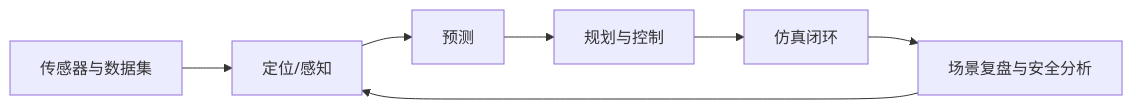
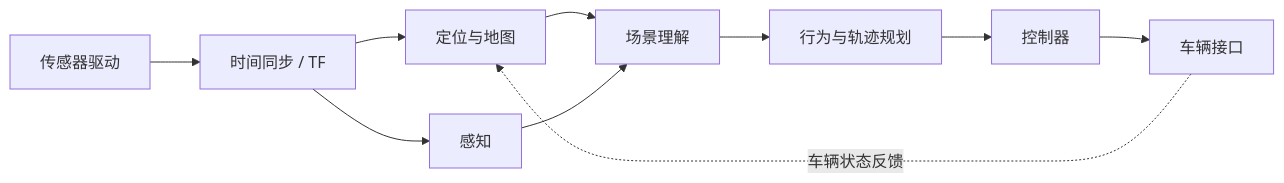
The second of 10 diagrams in 2026/2026-10-05_2026-10-11/03_自动驾驶.md (JiangXiangAi/git_weekly_news), drawn with Mermaid before and after one commit. The commit also changed other lines of this file, not shown here.

Commit message:
Deepen autonomous driving report with project-specific diagrams

````diff
--- a/2026/2026-10-05_2026-10-11/03_自动驾驶.md
+++ b/2026/2026-10-05_2026-10-11/03_自动驾驶.md
@@ -44,9 +39,12 @@
 ```mermaid
 flowchart LR
-A[传感器与数据集] --> B[定位/感知]
-B --> C[预测]
-C --> D[规划与控制]
-D --> E[仿真闭环]
-E --> F[场景复盘与安全分析]
-F --> B
+  A[传感器驱动] --> B[时间同步 / TF]
+  B --> C[定位与地图]
+  B --> D[感知]
+  C --> E[场景理解]
+  D --> E
+  E --> F[行为与轨迹规划]
+  F --> G[控制器]
+  G --> H[车辆接口]
+  H -.车辆状态反馈.-> C
 ```
````
